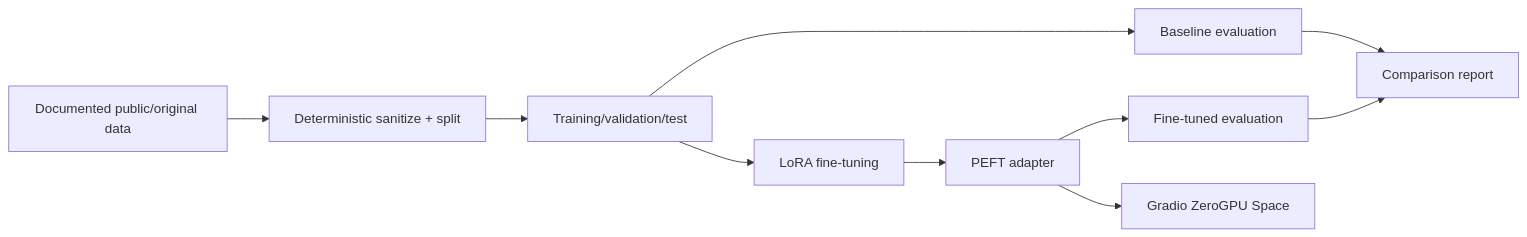
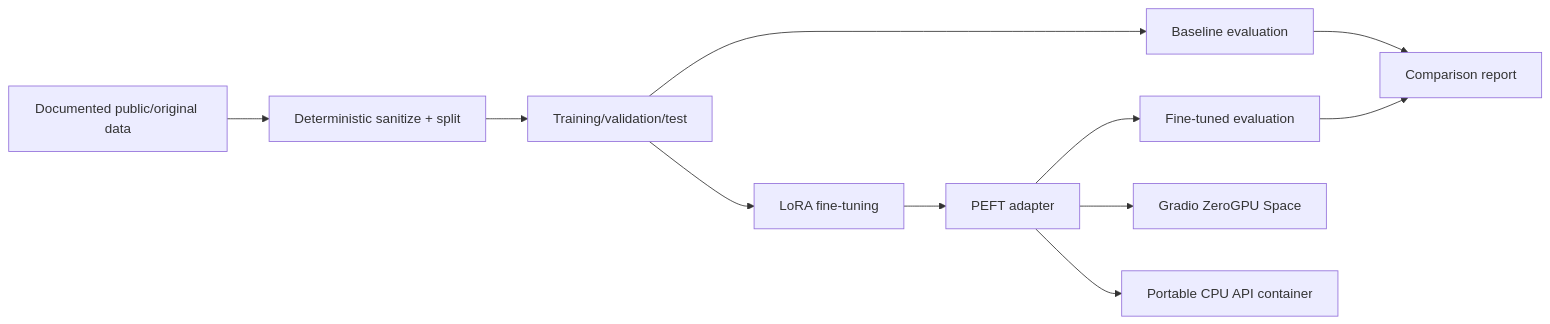
The diagram in README.md (lnx3am/tinydevassist), drawn with Mermaid before and after one commit. The commit also changed other lines of this file and 15 other files, not shown here.

Commit message:
Add portable CPU inference service and container

````diff
--- a/README.md
+++ b/README.md
@@ -10,12 +10,13 @@
 ```mermaid
 flowchart LR
   A[Documented public/original data] --> B[Deterministic sanitize + split]
   B --> C[Training/validation/test]
   C --> D[LoRA fine-tuning]
   C --> E[Baseline evaluation]
   D --> F[PEFT adapter]
   F --> G[Fine-tuned evaluation]
   F --> H[Gradio ZeroGPU Space]
+  F --> J[Portable CPU API container]
   E --> I[Comparison report]
   G --> I
 ```
````
